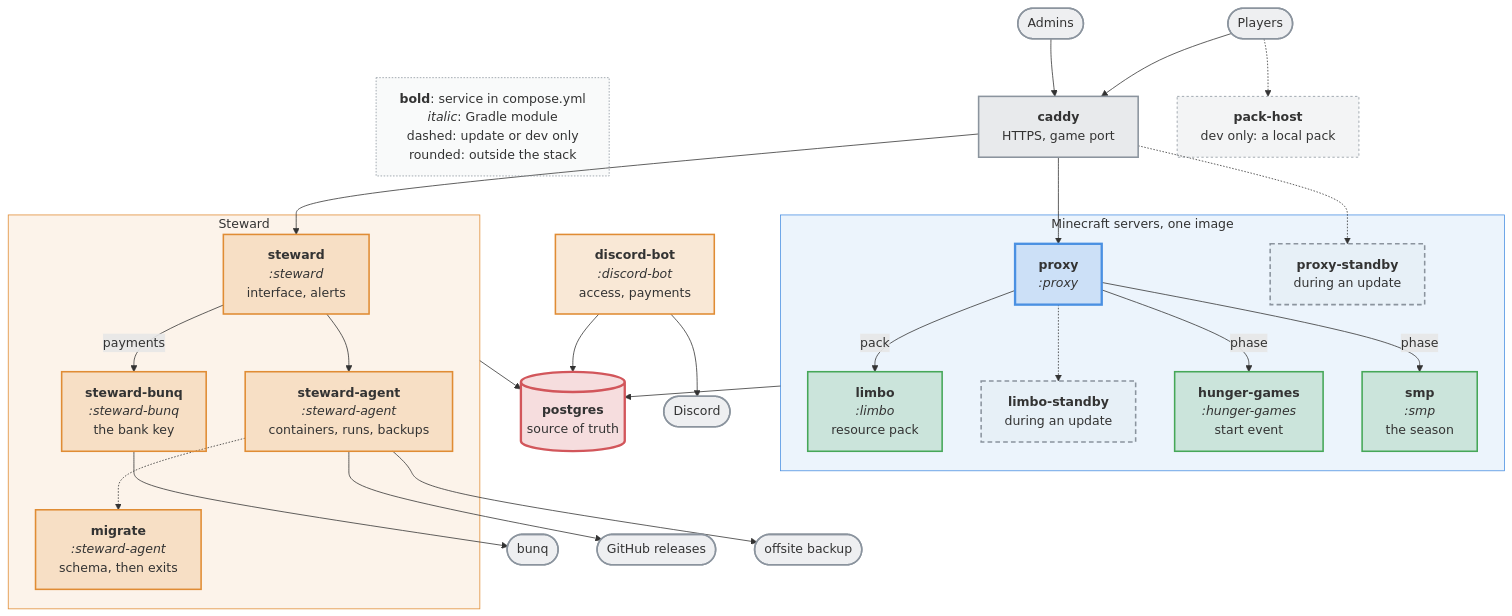
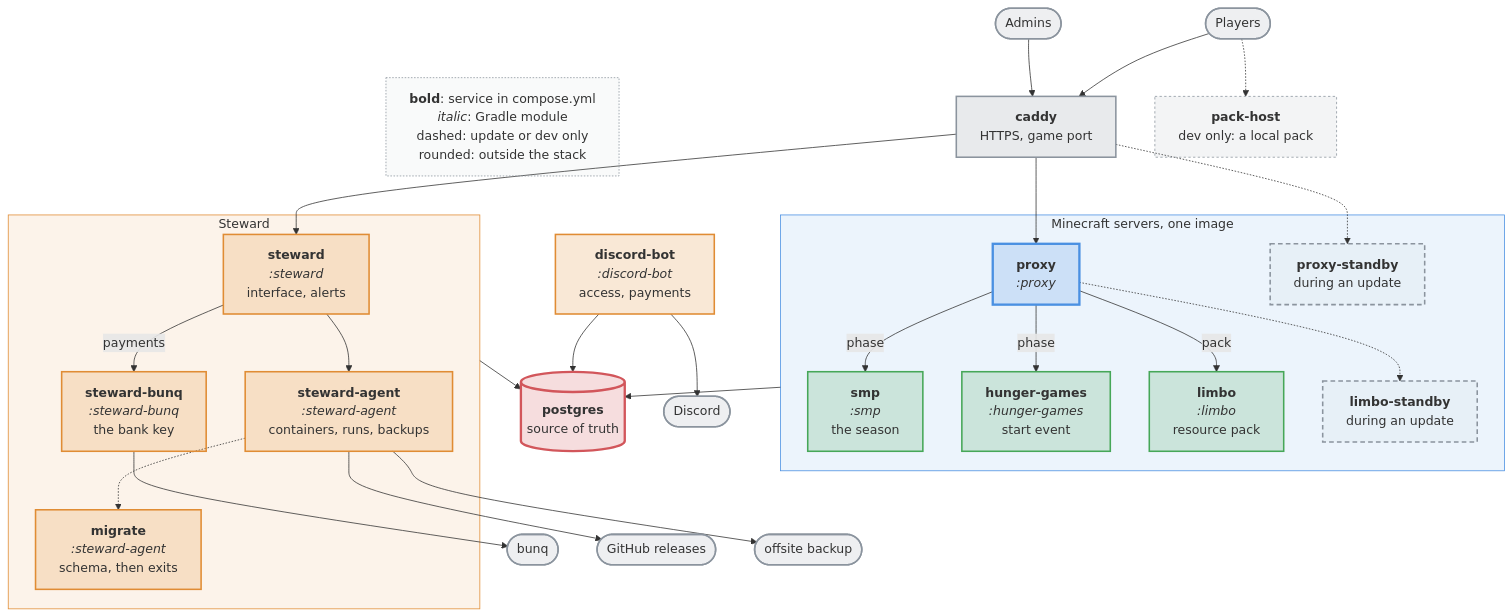
One commit to nordtal/season-2 changed the diagram in README.md. Above: the diagram before and after it, drawn with Mermaid. The commit also changed other lines of this file, not shown here.

Commit message:
docs: correct mermaid minecraft services order

````diff
--- a/README.md
+++ b/README.md
@@ -17,67 +17,67 @@
 ```mermaid
 %%{init: {'themeVariables': {'fontSize': '16px'}, 'flowchart': {'wrappingWidth': 240, 'diagramPadding': 8}}}%%
 flowchart TB
     LEG["<b>bold</b>: service in compose.yml<br/><i>italic</i>: Gradle module<br/>dashed: update or dev only<br/>rounded: outside the stack"]:::key
     players(["Players"]):::ext
     admins(["Admins"]):::ext
     CADDY["<b>caddy</b><br/>HTTPS, game port"]:::entry
     PACK["<b>pack-host</b><br/>dev only: a local pack"]:::side
 
     subgraph mc["Minecraft servers, one image"]
         NC["<b>proxy</b><br/><i>:proxy</i>"]:::proxy
         NCS["<b>proxy-standby</b><br/>during an update"]:::standby
+        SMP["<b>smp</b><br/><i>:smp</i><br/>the season"]:::paper
+        HG["<b>hunger-games</b><br/><i>:hunger-games</i><br/>start event"]:::paper
         LIMBO["<b>limbo</b><br/><i>:limbo</i><br/>resource pack"]:::paper
         LIMBOS["<b>limbo-standby</b><br/>during an update"]:::standby
-        HG["<b>hunger-games</b><br/><i>:hunger-games</i><br/>start event"]:::paper
-        SMP["<b>smp</b><br/><i>:smp</i><br/>the season"]:::paper
     end
 
     subgraph st["Steward"]
         UPD["<b>steward</b><br/><i>:steward</i><br/>interface, alerts"]:::app
         DEP["<b>steward-agent</b><br/><i>:steward-agent</i><br/>containers, runs, backups"]:::app
         BANK["<b>steward-bunq</b><br/><i>:steward-bunq</i><br/>the bank key"]:::app
         MIG["<b>migrate</b><br/><i>:steward-agent</i><br/>schema, then exits"]:::app
     end
 
     BOT["<b>discord-bot</b><br/><i>:discord-bot</i><br/>access, payments"]:::app
     PG[("<b>postgres</b><br/>source of truth")]:::db
 
     bunq(["bunq"]):::ext
     discord(["Discord"]):::ext
     gh(["GitHub releases"]):::ext
     offsite(["offsite backup"]):::ext
 
     players --> CADDY
     players -.-> PACK
     admins --> CADDY
     CADDY --> NC
     CADDY -.-> NCS
     CADDY --> UPD
     NC -->|"pack"| LIMBO
     NC -->|"phase"| HG
     NC -->|"phase"| SMP
     NC -.-> LIMBOS
     UPD --> DEP
     UPD -->|"payments"| BANK
     BANK --> bunq
     DEP -.-> MIG
     DEP --> gh
     DEP --> offsite
     LEG ~~~ BOT
     BOT --> discord
     mc --> PG
     BOT --> PG
     st --> PG
 
     classDef key fill:#8b949e0d,stroke:#8b949e,stroke-width:1px,stroke-dasharray:2 2
     classDef ext fill:#8b949e26,stroke:#8b949e,stroke-width:2px
     classDef entry fill:#8b949e33,stroke:#8b949e,stroke-width:2px
     classDef proxy fill:#4a90e233,stroke:#4a90e2,stroke-width:3px
     classDef paper fill:#46a75833,stroke:#46a758,stroke-width:2px
     classDef standby fill:#8b949e0d,stroke:#8b949e,stroke-width:2px,stroke-dasharray:6 4
     classDef app fill:#e08c3433,stroke:#e08c34,stroke-width:2px
     classDef db fill:#d2565b33,stroke:#d2565b,stroke-width:3px
     classDef side fill:#8b949e1a,stroke:#8b949e,stroke-width:1px,stroke-dasharray:3 3
     style mc fill:#4a90e21a,stroke:#4a90e2,stroke-width:1px
     style st fill:#e08c341a,stroke:#e08c34,stroke-width:1px
 ```
````
